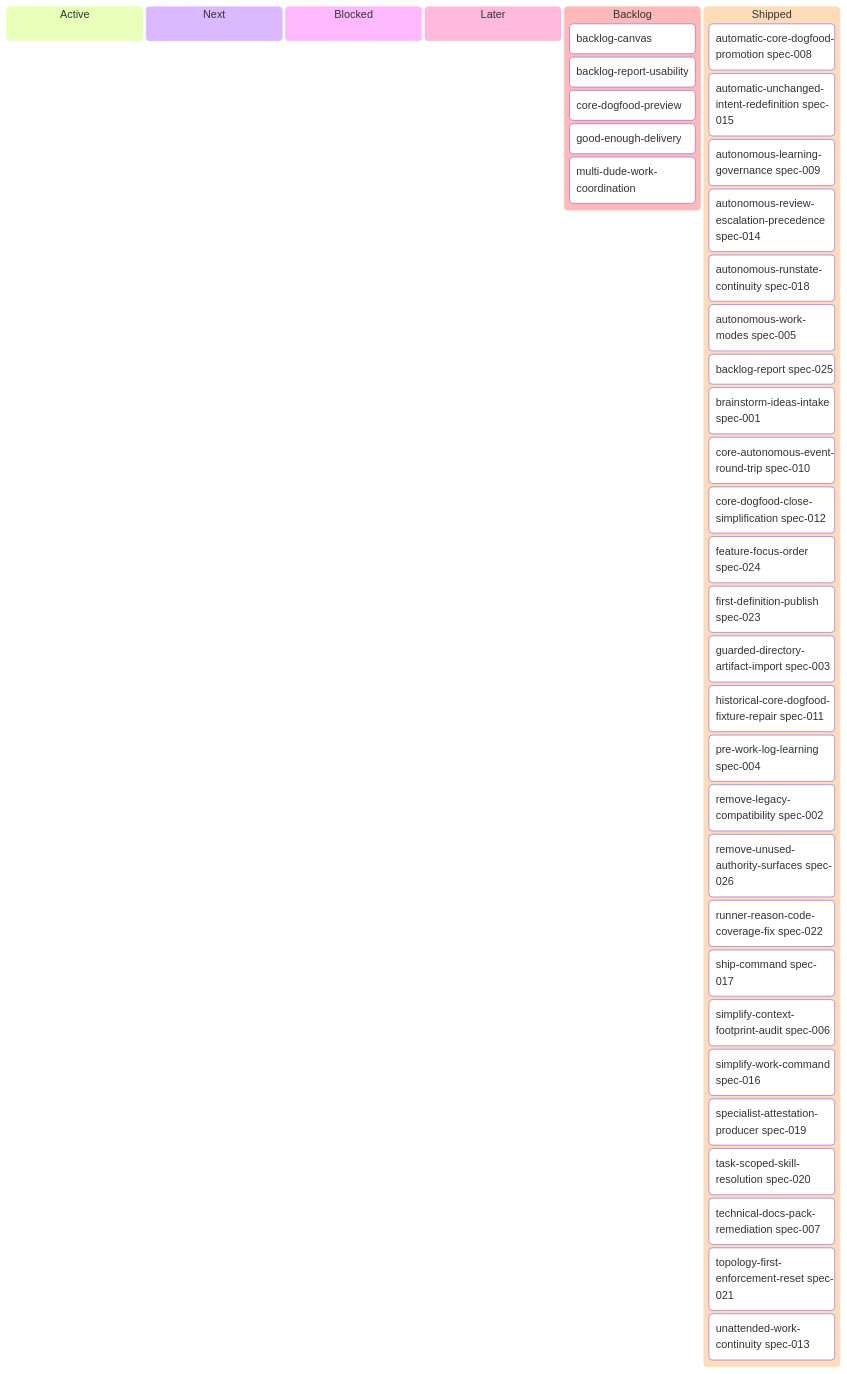
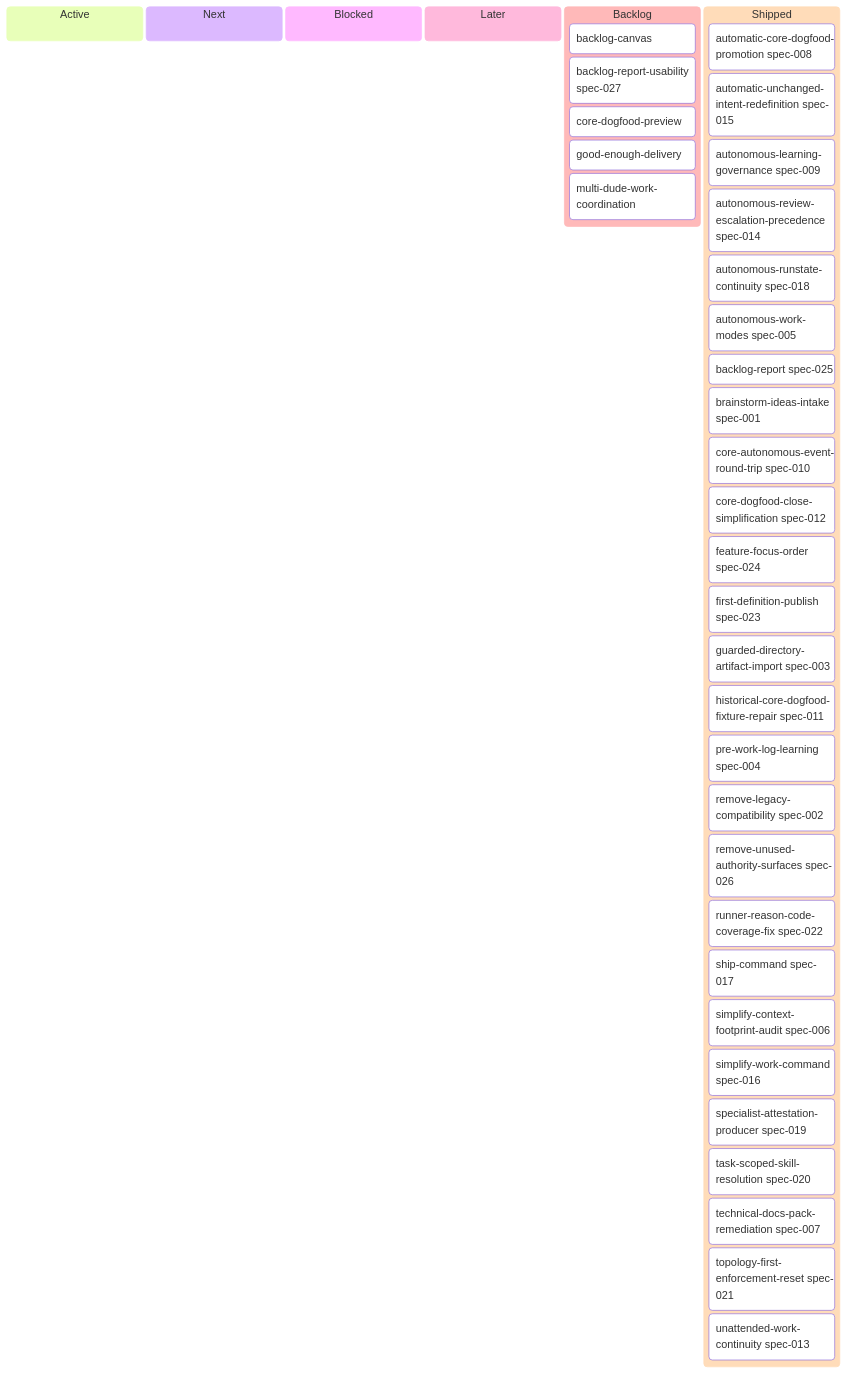
One commit to E-G-C/dude changed the diagram in .dude/backlog.md. Above: the diagram before and after it, drawn with Mermaid. The commit also changed other lines of this file and 6 other files, not shown here.

````diff
--- a/.dude/backlog.md
+++ b/.dude/backlog.md
@@ -60,40 +60,40 @@
 ```mermaid
 kanban
   active[Active]
   next[Next]
   blocked[Blocked]
   later[Later]
   backlog[Backlog]
     backlog-canvas[backlog-canvas]
-    backlog-report-usability[backlog-report-usability]
+    backlog-report-usability[backlog-report-usability spec-027]
     core-dogfood-preview[core-dogfood-preview]
     good-enough-delivery[good-enough-delivery]
     multi-dude-work-coordination[multi-dude-work-coordination]
   shipped[Shipped]
     automatic-core-dogfood-promotion[automatic-core-dogfood-promotion spec-008]
     automatic-unchanged-intent-redefinition[automatic-unchanged-intent-redefinition spec-015]
     autonomous-learning-governance[autonomous-learning-governance spec-009]
     autonomous-review-escalation-precedence[autonomous-review-escalation-precedence spec-014]
     autonomous-runstate-continuity[autonomous-runstate-continuity spec-018]
     autonomous-work-modes[autonomous-work-modes spec-005]
     backlog-report[backlog-report spec-025]
     brainstorm-ideas-intake[brainstorm-ideas-intake spec-001]
     core-autonomous-event-round-trip[core-autonomous-event-round-trip spec-010]
     core-dogfood-close-simplification[core-dogfood-close-simplification spec-012]
     feature-focus-order[feature-focus-order spec-024]
     first-definition-publish[first-definition-publish spec-023]
     guarded-directory-artifact-import[guarded-directory-artifact-import spec-003]
     historical-core-dogfood-fixture-repair[historical-core-dogfood-fixture-repair spec-011]
     pre-work-log-learning[pre-work-log-learning spec-004]
     remove-legacy-compatibility[remove-legacy-compatibility spec-002]
     remove-unused-authority-surfaces[remove-unused-authority-surfaces spec-026]
     runner-reason-code-coverage-fix[runner-reason-code-coverage-fix spec-022]
     ship-command[ship-command spec-017]
     simplify-context-footprint-audit[simplify-context-footprint-audit spec-006]
     simplify-work-command[simplify-work-command spec-016]
     specialist-attestation-producer[specialist-attestation-producer spec-019]
     task-scoped-skill-resolution[task-scoped-skill-resolution spec-020]
     technical-docs-pack-remediation[technical-docs-pack-remediation spec-007]
     topology-first-enforcement-reset[topology-first-enforcement-reset spec-021]
     unattended-work-continuity[unattended-work-continuity spec-013]
 ```
````
